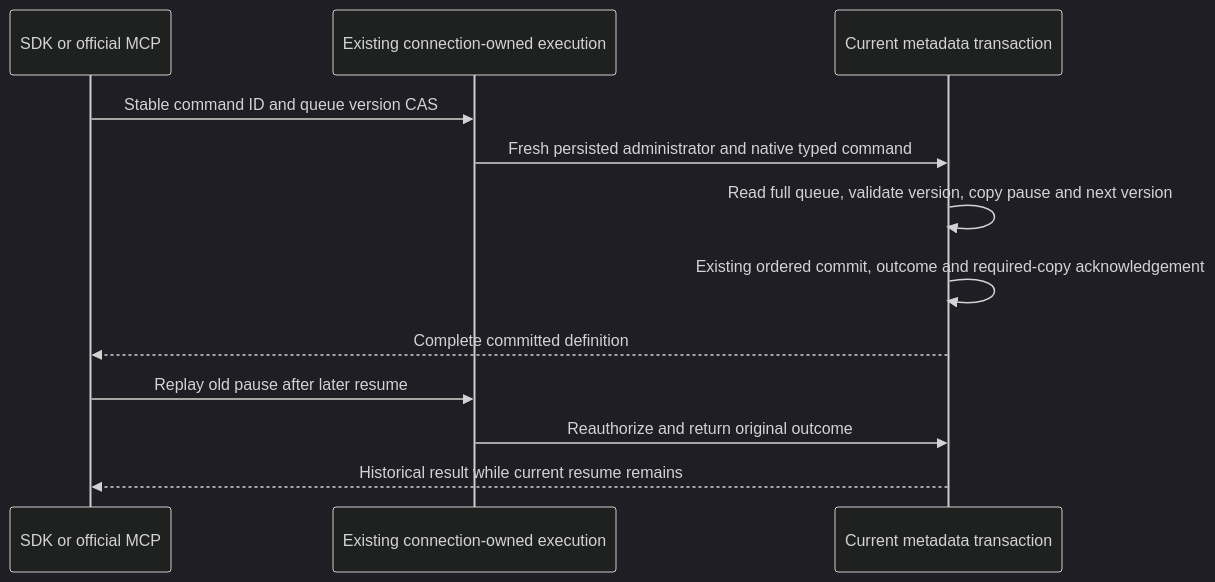
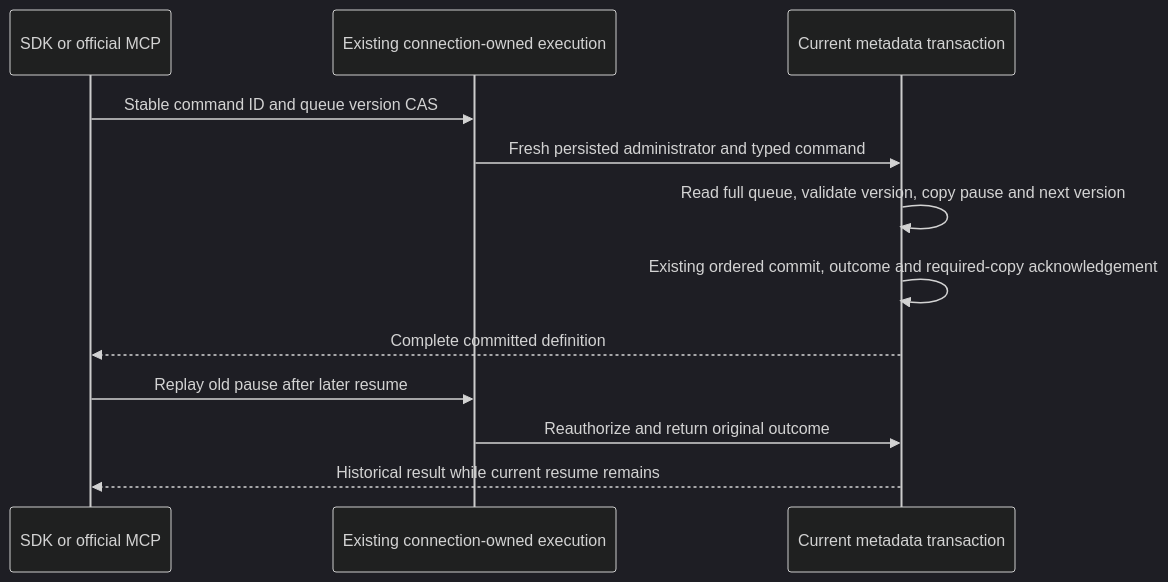
One commit to managedcode/KeyLoad changed the diagram in docs/ADR/ADR-131-queue-dispatch-state-cas.md. Above: the diagram before and after it, drawn with Mermaid (dark theme). The commit also changed other lines of this file and 9016 other files, not shown here.

````diff
--- a/docs/ADR/ADR-131-queue-dispatch-state-cas.md
+++ b/docs/ADR/ADR-131-queue-dispatch-state-cas.md
@@ -34,14 +34,14 @@
 ```mermaid
 sequenceDiagram
     participant Caller as SDK or official MCP
     participant Owner as Existing connection-owned execution
     participant Meta as Current metadata transaction
     Caller->>Owner: Stable command ID and queue version CAS
-    Owner->>Meta: Fresh persisted administrator and native typed command
+    Owner->>Meta: Fresh persisted administrator and typed command
     Meta->>Meta: Read full queue, validate version, copy pause and next version
     Meta->>Meta: Existing ordered commit, outcome and required-copy acknowledgement
     Meta-->>Caller: Complete committed definition
     Caller->>Owner: Replay old pause after later resume
     Owner->>Meta: Reauthorize and return original outcome
     Meta-->>Caller: Historical result while current resume remains
 ```
````
